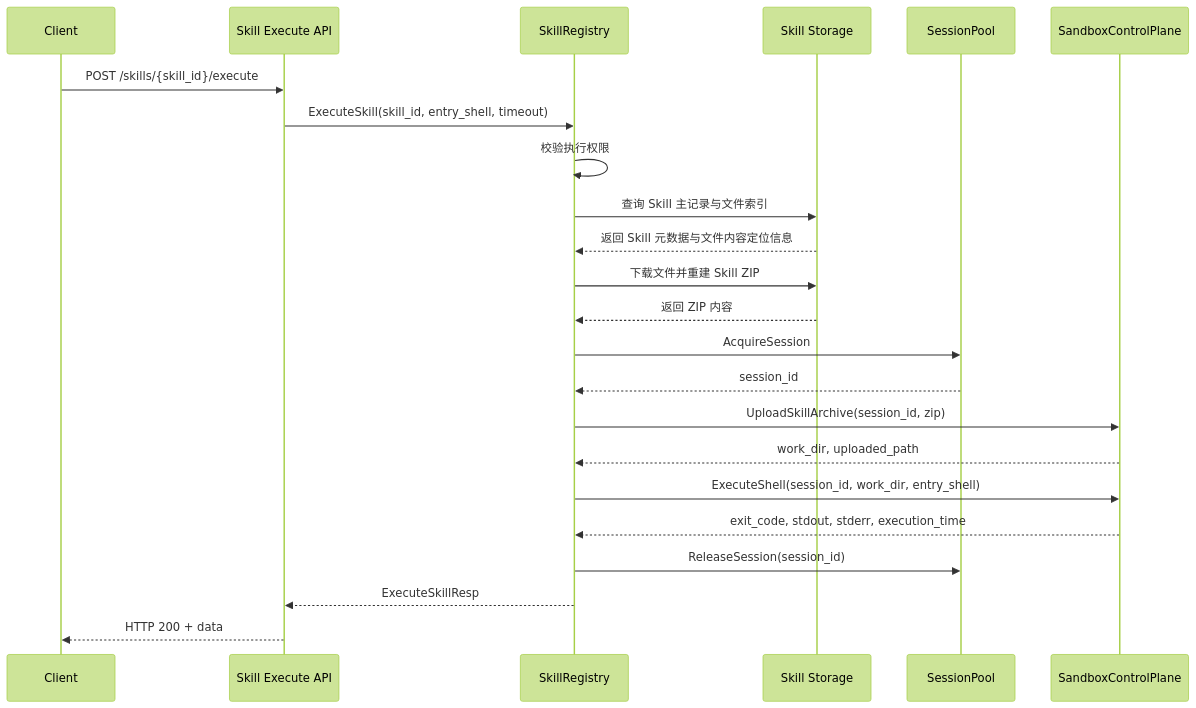
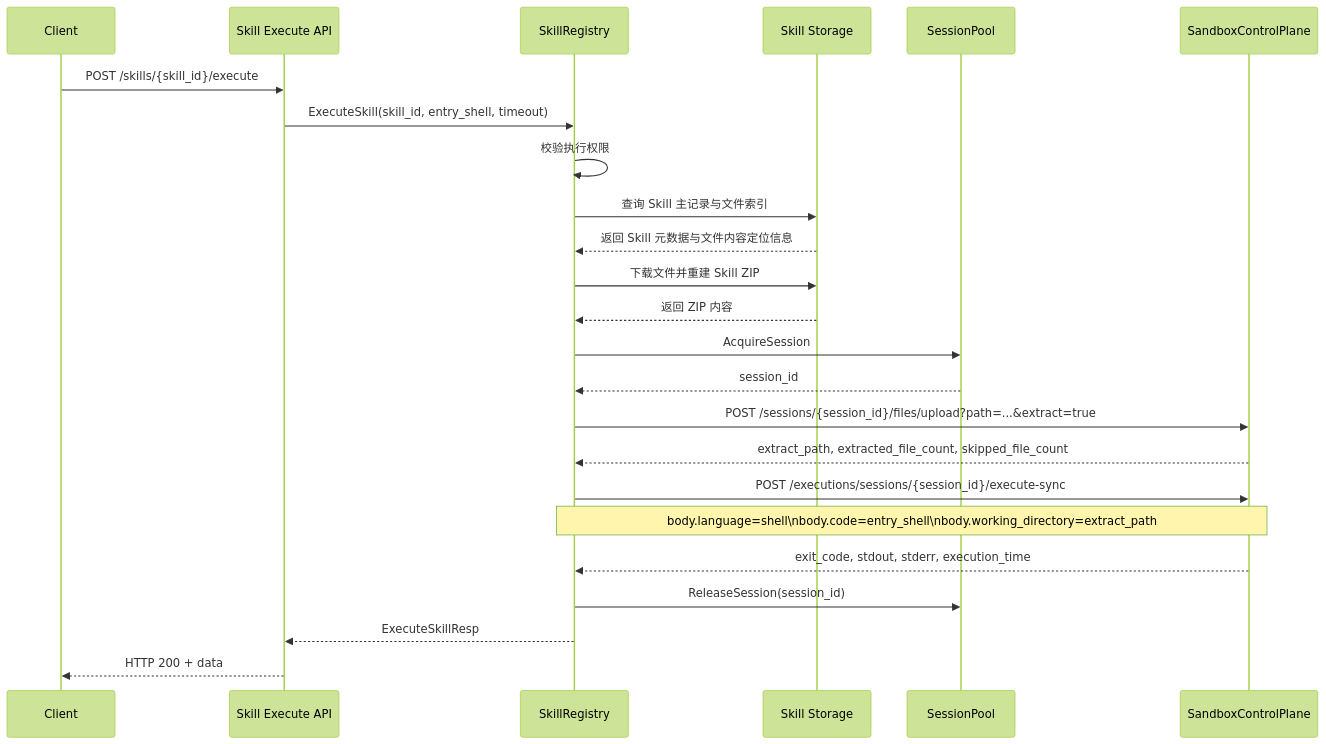
One commit to kweaver-ai/adp changed the second of 2 diagrams in execution-factory/operator-integration/docs/design/features/skill_execution_sandbox_design.md. Above: the diagram before and after it, drawn with Mermaid (forest theme). The commit also changed other lines of this file and 5 other files, not shown here.

````diff
--- a/execution-factory/operator-integration/docs/design/features/skill_execution_sandbox_design.md
+++ b/execution-factory/operator-integration/docs/design/features/skill_execution_sandbox_design.md
@@ -116,26 +120,27 @@
 ```mermaid
 sequenceDiagram
     participant Client as Client
     participant API as Skill Execute API
     participant Registry as SkillRegistry
     participant Storage as Skill Storage
     participant Pool as SessionPool
     participant Sandbox as SandboxControlPlane
 
     Client->>API: POST /skills/{skill_id}/execute
     API->>Registry: ExecuteSkill(skill_id, entry_shell, timeout)
     Registry->>Registry: 校验执行权限
     Registry->>Storage: 查询 Skill 主记录与文件索引
     Storage-->>Registry: 返回 Skill 元数据与文件内容定位信息
     Registry->>Storage: 下载文件并重建 Skill ZIP
     Storage-->>Registry: 返回 ZIP 内容
     Registry->>Pool: AcquireSession
     Pool-->>Registry: session_id
-    Registry->>Sandbox: UploadSkillArchive(session_id, zip)
-    Sandbox-->>Registry: work_dir, uploaded_path
-    Registry->>Sandbox: ExecuteShell(session_id, work_dir, entry_shell)
+    Registry->>Sandbox: POST /sessions/{session_id}/files/upload?path=...&extract=true
+    Sandbox-->>Registry: extract_path, extracted_file_count, skipped_file_count
+    Registry->>Sandbox: POST /executions/sessions/{session_id}/execute-sync
+    Note over Registry,Sandbox: body.language=shell\nbody.code=entry_shell\nbody.working_directory=extract_path
     Sandbox-->>Registry: exit_code, stdout, stderr, execution_time
     Registry->>Pool: ReleaseSession(session_id)
     Registry-->>API: ExecuteSkillResp
     API-->>Client: HTTP 200 + data
 ```
````
